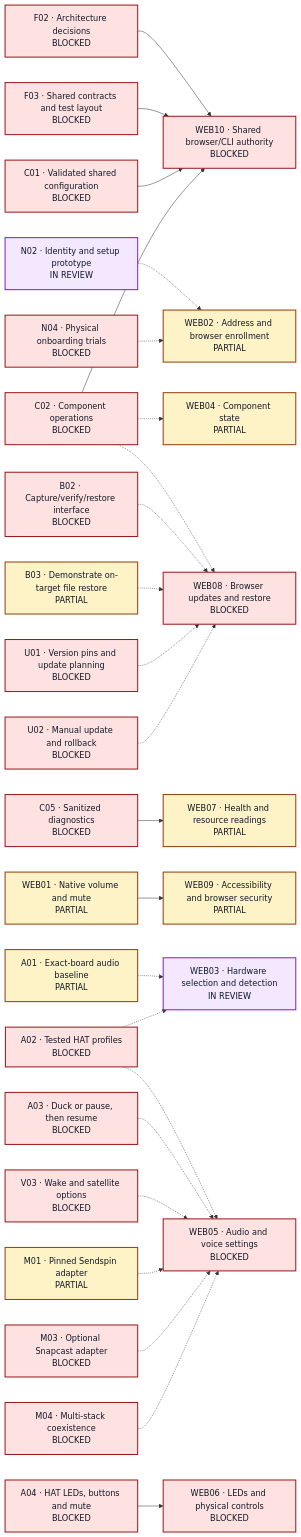
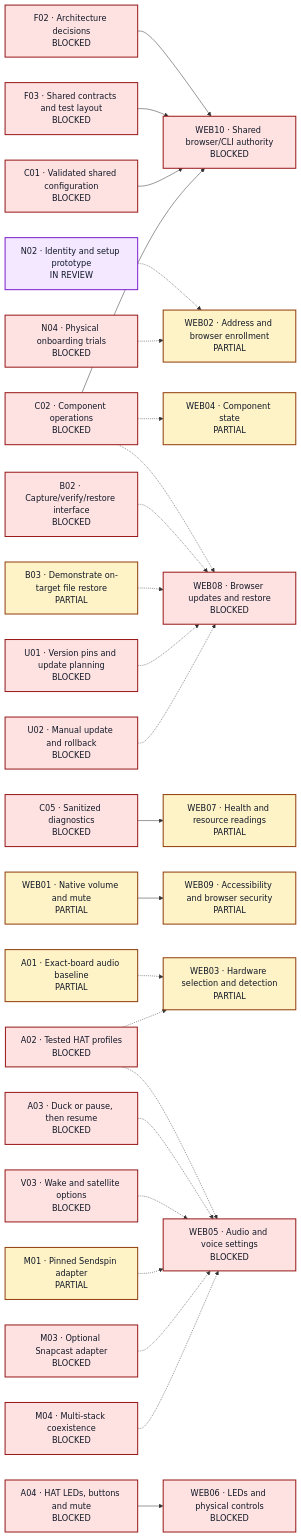
The eighth of 17 diagrams in docs/progress.md (Joldiges/debra), drawn with Mermaid before and after one commit. The commit also changed other lines of this file and 6 other files, not shown here.

````diff
--- a/docs/progress.md
+++ b/docs/progress.md
@@ -377,61 +377,61 @@
 ```mermaid
 flowchart LR
     F02["F02 · Architecture decisions<br/>BLOCKED"]:::blocked
     F03["F03 · Shared contracts and test layout<br/>BLOCKED"]:::blocked
     N02["N02 · Identity and setup prototype<br/>IN REVIEW"]:::review
     N04["N04 · Physical onboarding trials<br/>BLOCKED"]:::blocked
     C01["C01 · Validated shared configuration<br/>BLOCKED"]:::blocked
     C02["C02 · Component operations<br/>BLOCKED"]:::blocked
     C05["C05 · Sanitized diagnostics<br/>BLOCKED"]:::blocked
     WEB01["WEB01 · Native volume and mute<br/>PARTIAL"]:::partial
     WEB02["WEB02 · Address and browser enrollment<br/>PARTIAL"]:::partial
-    WEB03["WEB03 · Hardware selection and detection<br/>IN REVIEW"]:::review
+    WEB03["WEB03 · Hardware selection and detection<br/>PARTIAL"]:::partial
     WEB04["WEB04 · Component state<br/>PARTIAL"]:::partial
     WEB05["WEB05 · Audio and voice settings<br/>BLOCKED"]:::blocked
     WEB06["WEB06 · LEDs and physical controls<br/>BLOCKED"]:::blocked
     WEB07["WEB07 · Health and resource readings<br/>PARTIAL"]:::partial
     WEB08["WEB08 · Browser updates and restore<br/>BLOCKED"]:::blocked
     WEB09["WEB09 · Accessibility and browser security<br/>PARTIAL"]:::partial
     WEB10["WEB10 · Shared browser/CLI authority<br/>BLOCKED"]:::blocked
     A01["A01 · Exact-board audio baseline<br/>PARTIAL"]:::partial
     A02["A02 · Tested HAT profiles<br/>BLOCKED"]:::blocked
     A03["A03 · Duck or pause, then resume<br/>BLOCKED"]:::blocked
     A04["A04 · HAT LEDs, buttons and mute<br/>BLOCKED"]:::blocked
     V03["V03 · Wake and satellite options<br/>BLOCKED"]:::blocked
     M01["M01 · Pinned Sendspin adapter<br/>PARTIAL"]:::partial
     M03["M03 · Optional Snapcast adapter<br/>BLOCKED"]:::blocked
     M04["M04 · Multi-stack coexistence<br/>BLOCKED"]:::blocked
     B02["B02 · Capture/verify/restore interface<br/>BLOCKED"]:::blocked
     B03["B03 · Demonstrate on-target file restore<br/>PARTIAL"]:::partial
     U01["U01 · Version pins and update planning<br/>BLOCKED"]:::blocked
     U02["U02 · Manual update and rollback<br/>BLOCKED"]:::blocked
     N02 -.-> WEB02
     N04 -.-> WEB02
     A01 -.-> WEB03
     A02 -.-> WEB03
     C02 -.-> WEB04
     A02 -.-> WEB05
     A03 -.-> WEB05
     V03 -.-> WEB05
     M01 -.-> WEB05
     M03 -.-> WEB05
     M04 -.-> WEB05
     A04 --> WEB06
     C05 --> WEB07
     C02 -.-> WEB08
     B02 -.-> WEB08
     B03 -.-> WEB08
     U01 -.-> WEB08
     U02 -.-> WEB08
     WEB01 --> WEB09
     F02 --> WEB10
     F03 --> WEB10
     C01 --> WEB10
     C02 --> WEB10
     classDef finished fill:#dcfce7,stroke:#166534,color:#111827,stroke-width:2px;
     classDef running fill:#dbeafe,stroke:#1e40af,color:#111827,stroke-width:2px;
     classDef review fill:#f3e8ff,stroke:#7e22ce,color:#111827,stroke-width:2px;
     classDef partial fill:#fef3c7,stroke:#92400e,color:#111827,stroke-width:2px;
     classDef blocked fill:#fee2e2,stroke:#991b1b,color:#111827,stroke-width:2px;
     classDef untouched fill:#f1f5f9,stroke:#475569,color:#111827,stroke-width:2px;
 ```
````
